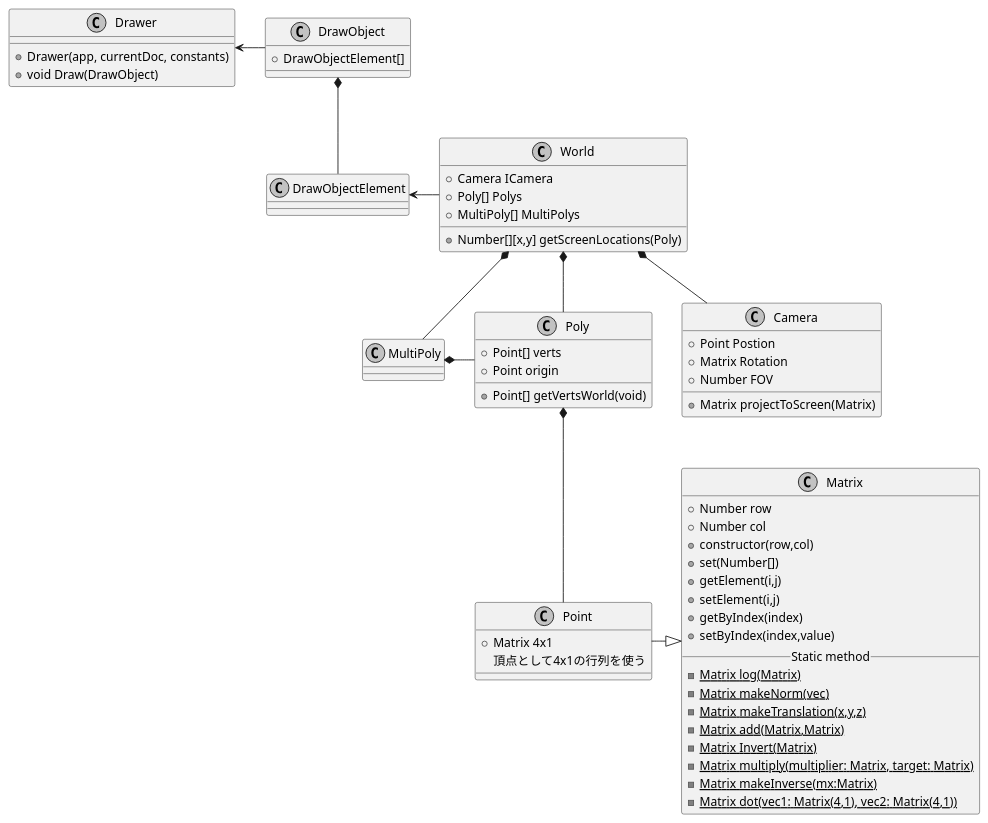
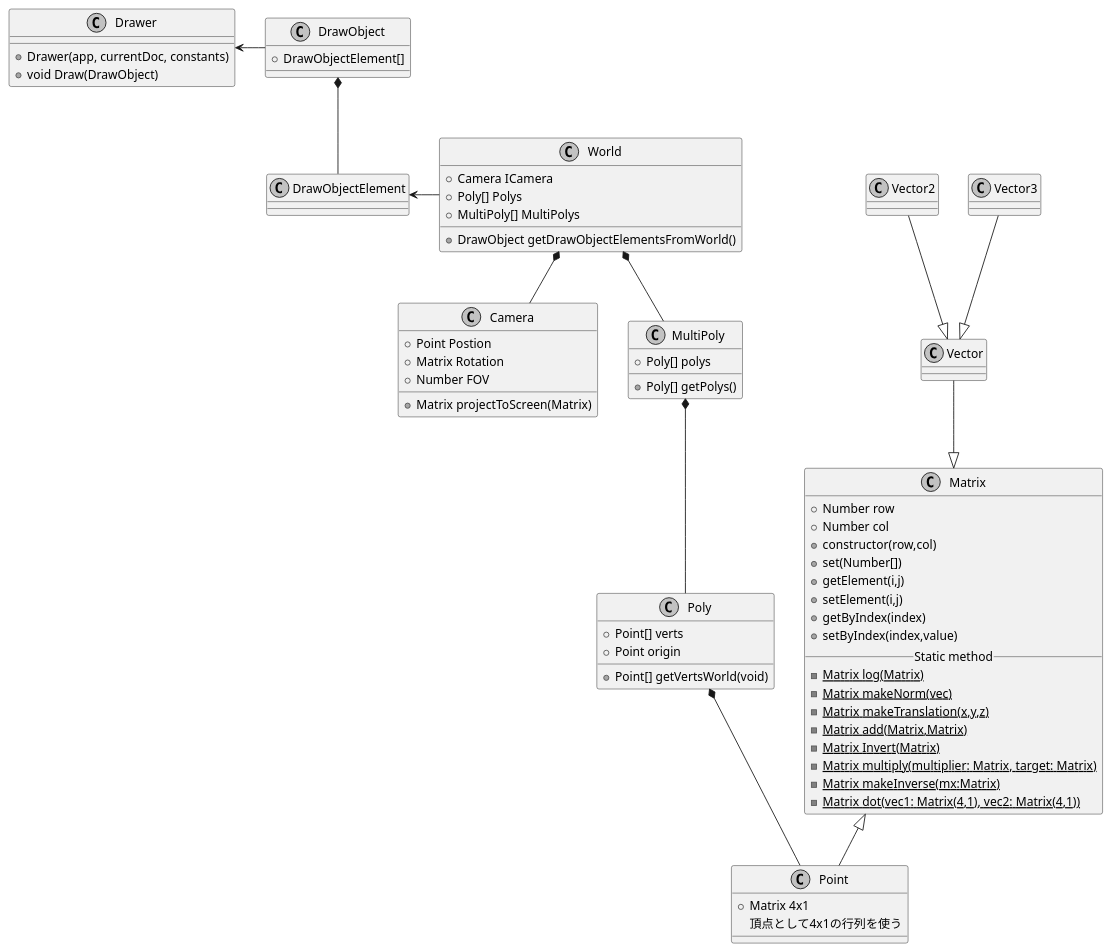
Before and after one commit to takiren/ExtendYourPerspectives: the diagram in graph/Architecture.pu, drawn with PlantUML. The commit also changed 1 other file, not shown here.

```diff
--- a/graph/Architecture.pu
+++ b/graph/Architecture.pu
@@ -1,74 +1,83 @@
 @startuml Architecture
 skinparam {
     monochrome true
     padding 1
 }
 
-class Poly{
-    + Point[] verts
-    + Point origin
-    + Point[] getVertsWorld(void)
-}
+
 
 class Camera{
     + Point Postion
     + Matrix Rotation
     + Number FOV
     + Matrix projectToScreen(Matrix)
 }
 
 class World{
     + Camera ICamera
     + Poly[] Polys
     + MultiPoly[] MultiPolys
-    + Number[][x,y] getScreenLocations(Poly)
+    + DrawObject getDrawObjectElementsFromWorld()
 }
 
 class Point{
     + Matrix 4x1
     頂点として4x1の行列を使う
 }
 
 class Matrix{
     + Number row
     + Number col
     + constructor(row,col)
     + set(Number[])
     + getElement(i,j)
     + setElement(i,j)
     + getByIndex(index)
     + setByIndex(index,value)
     __Static method__
     {static} - Matrix log(Matrix)
     {static} -Matrix makeNorm(vec)
     {static} -Matrix makeTranslation(x,y,z)
     {static} -Matrix add(Matrix,Matrix)
     {static} -Matrix Invert(Matrix)
     {static} -Matrix multiply(multiplier: Matrix, target: Matrix)
     {static} -Matrix makeInverse(mx:Matrix)
     {static} -Matrix dot(vec1: Matrix(4,1), vec2: Matrix(4,1))
 }
+class Vector{}
+class Vector2{}
+class Vector3{}
 
 class Drawer{
     + Drawer(app, currentDoc, constants)
     + void Draw(DrawObject)
 }
 
 class DrawObject{
     + DrawObjectElement[]
 }
 class DrawObjectElement{
 }
 class MultiPoly{
+    + Poly[] polys
+    + Poly[] getPolys()
+}
+class Poly{
+    + Point[] verts
+    + Point origin
+    + Point[] getVertsWorld(void)
 }
 
-MultiPoly *-Poly
+Vector --|> Matrix
+Vector2 --|> Vector
+Vector3 --|> Vector
+MultiPoly *--Poly
+World *-- Camera
 World *-- MultiPoly
-World *-- Camera
-World *--Poly
-Point -|> Matrix
+
+Matrix <|-- Point
 Poly *--Point
 DrawObject *-- DrawObjectElement
 DrawObjectElement <- World
 Drawer <- DrawObject
 @enduml
```
